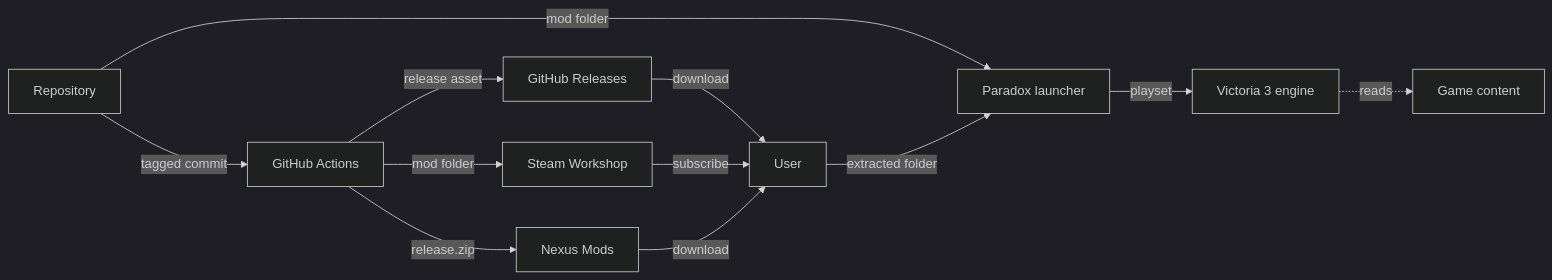
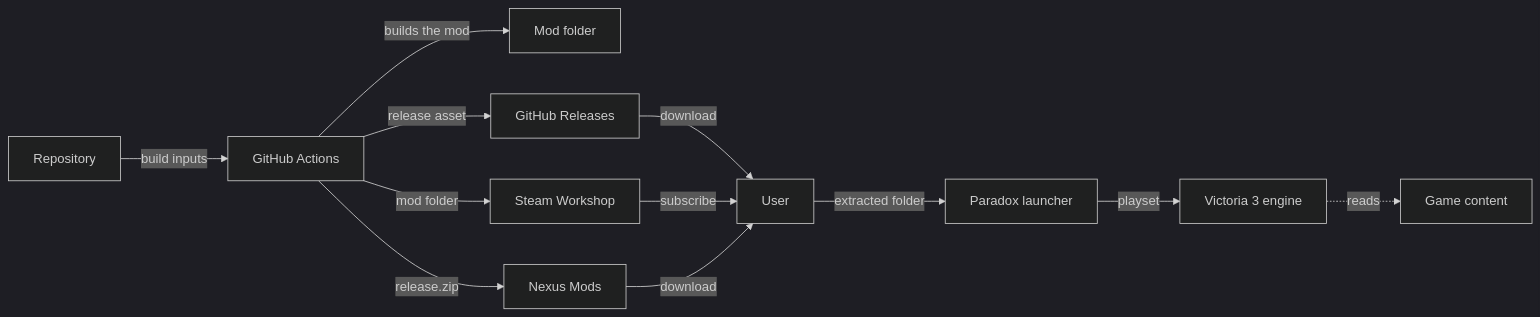
One commit to hmlendea/standardised-country-colours changed the diagram in docs/integrations.md. Above: the diagram before and after it, drawn with Mermaid (dark theme). The commit also changed other lines of this file and 23 other files, not shown here.

````diff
--- a/docs/integrations.md
+++ b/docs/integrations.md
@@ -5,15 +5,15 @@
 ```mermaid
 flowchart LR
   Repo["Repository"]
-  Repo -->|"mod folder"| Launcher["Paradox launcher"]
-  Launcher -->|"playset"| Engine["Victoria 3 engine"]
-  Repo -->|"tagged commit"| Actions["GitHub Actions"]
+  Repo -->|"build inputs"| Actions["GitHub Actions"]
+  Actions -->|"builds the mod"| Mod["Mod folder"]
   Actions -->|"release asset"| Releases["GitHub Releases"]
   Actions -->|"mod folder"| Workshop["Steam Workshop"]
   Actions -->|"release.zip"| Nexus["Nexus Mods"]
   Releases -->|"download"| User["User"]
   Workshop -->|"subscribe"| User
   Nexus -->|"download"| User
-  User -->|"extracted folder"| Launcher
+  User -->|"extracted folder"| Launcher["Paradox launcher"]
+  Launcher -->|"playset"| Engine["Victoria 3 engine"]
   Engine -.->|"reads"| Game["Game content"]
 ```
````
